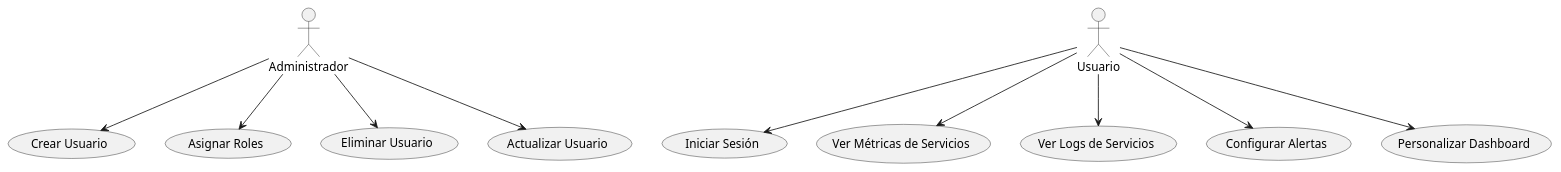
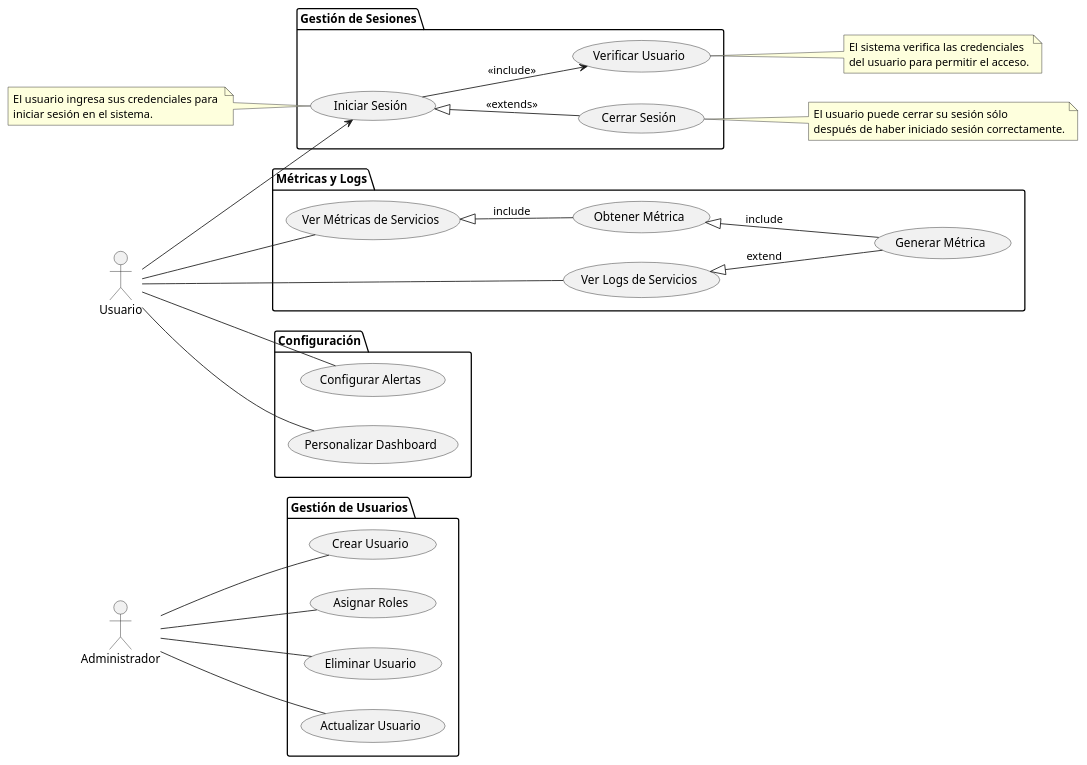
The diagram in casosdeuso.puml (AndrextA/monitoring), drawn with PlantUML before and after one commit. The commit also changed 5 other files, not shown here.

Commit message:
docs: :memo: update of the docs for the project with more diagrams and more visual exploration of the topic

```diff
--- a/casosdeuso.puml
+++ b/casosdeuso.puml
@@ -1,26 +1,67 @@
 @startuml diagramaCasosDeUso
+left to right direction
 
 actor Administrador
 actor Usuario
 
-usecase "Iniciar Sesión" as UC1
-usecase "Ver Métricas de Servicios" as UC2
-usecase "Ver Logs de Servicios" as UC3
-usecase "Configurar Alertas" as UC4
-usecase "Personalizar Dashboard" as UC5
-usecase "Crear Usuario" as UC6
-usecase "Asignar Roles" as UC7
-usecase "Eliminar Usuario" as UC8
-usecase "Actualizar Usuario" as UC9
+package "Gestión de Sesiones" as login {
+  usecase "Iniciar Sesión" as IniciarSesion
+  usecase "Verificar Usuario" as VerificarUsuario
+  usecase "Cerrar Sesión" as CerrarSesion
+}
 
-Usuario --> UC1
-Usuario --> UC2
-Usuario --> UC3
-Usuario --> UC4
-Usuario --> UC5
-Administrador --> UC6
-Administrador --> UC7
-Administrador --> UC8
-Administrador --> UC9
+Usuario --> IniciarSesion
+IniciarSesion --> VerificarUsuario : <<include>>
+IniciarSesion <|-- CerrarSesion : <<extends>>
 
+note right of VerificarUsuario
+  El sistema verifica las credenciales 
+  del usuario para permitir el acceso.
+end note
+
+note left of IniciarSesion
+  El usuario ingresa sus credenciales para 
+  iniciar sesión en el sistema.
+end note
+
+note right of CerrarSesion
+  El usuario puede cerrar su sesión sólo 
+  después de haber iniciado sesión correctamente.
+end note
+
+package "Métricas y Logs" {
+    usecase "Ver Logs de Servicios" as UC3
+    usecase "Generar Métrica" as UC10
+    usecase "Obtener Métrica" as UC11
+    usecase "Ver Métricas de Servicios" as UC2
+
+    UC2 <|-- UC11 : «include»
+    UC11 <|-- UC10 : «include»
+    UC3 <|-- UC10 : «extend»
+}
+
+package "Configuración" {
+    usecase "Configurar Alertas" as UC4
+    usecase "Personalizar Dashboard" as UC5
+}
+
+package "Gestión de Usuarios" {
+    usecase "Crear Usuario" as UC6
+    usecase "Asignar Roles" as UC7
+    usecase "Eliminar Usuario" as UC8
+    usecase "Actualizar Usuario" as UC9
+}
+
+Usuario -- UC2
+Usuario -- UC3
+Usuario -- UC4
+Usuario -- UC5
+
+Administrador -- UC6
+Administrador -- UC7
+Administrador -- UC8
+Administrador -- UC9
+
+/'definir, priorizar, paquetes
+'/
 @enduml
```
